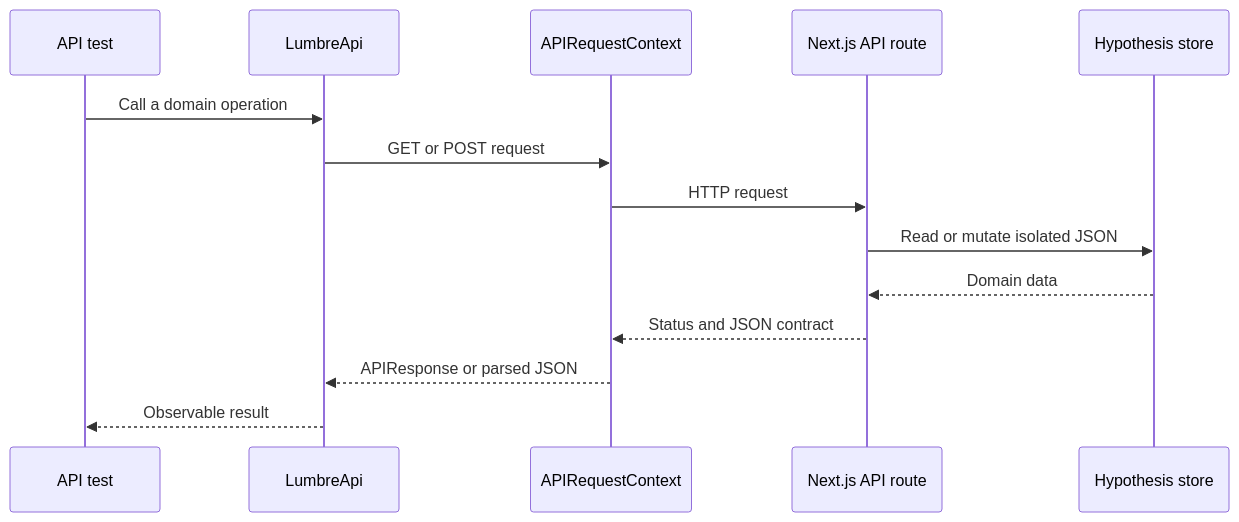
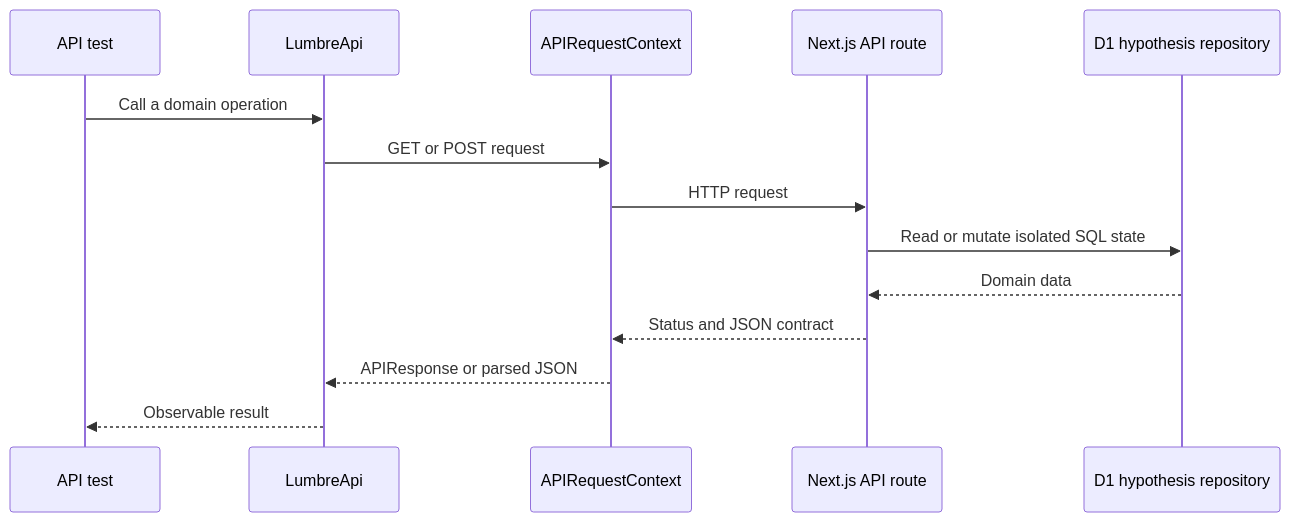
The fourth of 6 diagrams in docs/ARCHITECTURE.md (zvasdfg/lumbre-playwright-python), drawn with Mermaid before and after one commit. The commit also changed other lines of this file and 27 other files, not shown here.

````diff
--- a/docs/ARCHITECTURE.md
+++ b/docs/ARCHITECTURE.md
@@ -182,17 +182,17 @@
 ```mermaid
 sequenceDiagram
     participant Test as API test
     participant Client as LumbreApi
     participant Context as APIRequestContext
     participant Route as Next.js API route
-    participant Store as Hypothesis store
+    participant Store as D1 hypothesis repository
 
     Test->>Client: Call a domain operation
     Client->>Context: GET or POST request
     Context->>Route: HTTP request
-    Route->>Store: Read or mutate isolated JSON
+    Route->>Store: Read or mutate isolated SQL state
     Store-->>Route: Domain data
     Route-->>Context: Status and JSON contract
     Context-->>Client: APIResponse or parsed JSON
     Client-->>Test: Observable result
 ```
````
